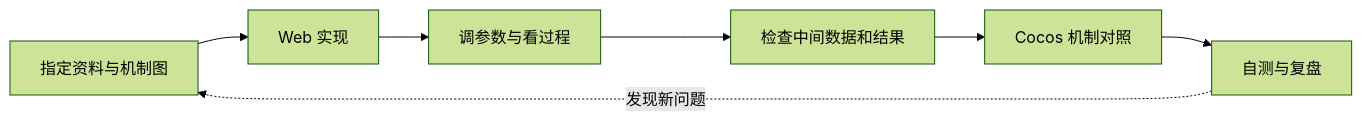
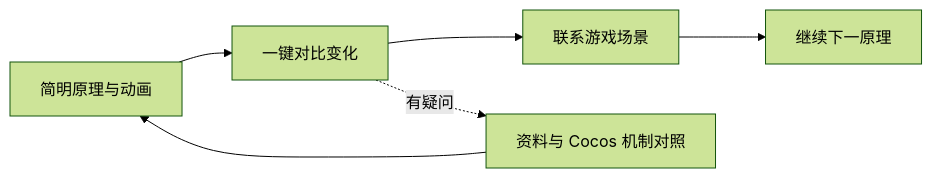
The second of 4 diagrams in learning-routes/topic-index/3d-game-client.md (hongyesuifeng/openClasses), drawn with Mermaid (forest theme) before and after one commit. The commit also changed other lines of this file and 20 other files, not shown here.

````diff
--- a/learning-routes/topic-index/3d-game-client.md
+++ b/learning-routes/topic-index/3d-game-client.md
@@ -35,9 +37,8 @@
 ```mermaid
 flowchart LR
-    A[指定资料与机制图] --> B[Web 实现]
-    B --> C[调参数与看过程]
-    C --> D[检查中间数据和结果]
-    D --> E[Cocos 机制对照]
-    E --> F[自测与复盘]
-    F -.发现新问题.-> A
+    A[简明原理与动画] --> B[一键对比变化]
+    B --> C[联系游戏场景]
+    C --> D[继续下一原理]
+    B -.有疑问.-> E[资料与 Cocos 机制对照]
+    E --> A
 ```
````
